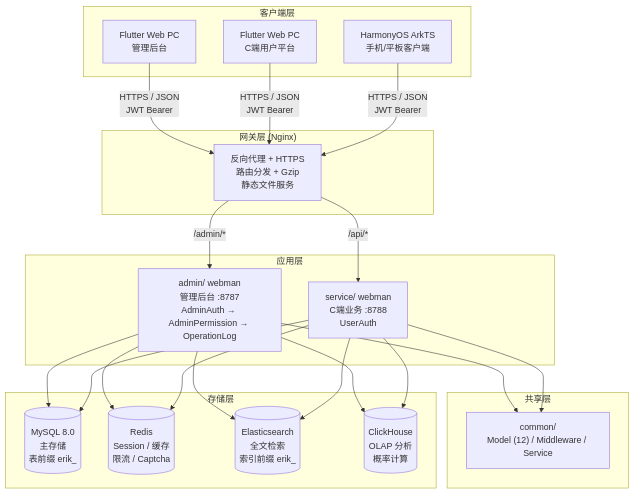
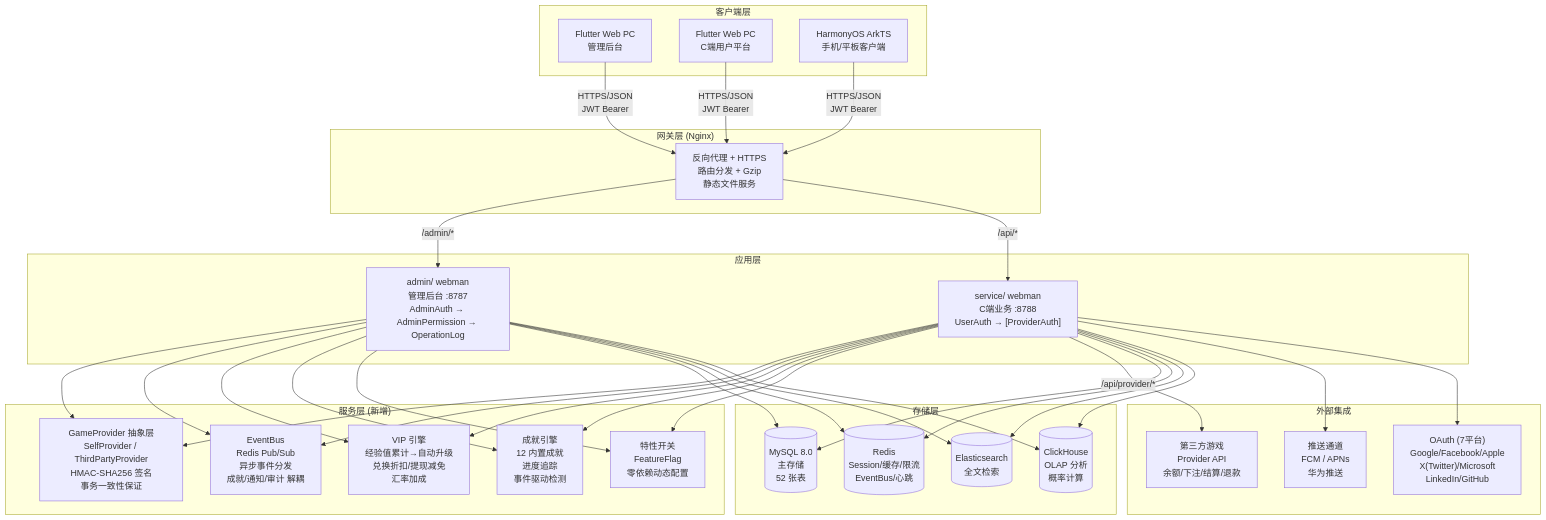
One commit to erikwang2013/game-platform-php changed the first of 2 diagrams in docs/ARCHITECTURE.md. Above: the diagram before and after it, drawn with Mermaid. The commit also changed other lines of this file and 21 other files, not shown here.

````diff
--- a/docs/ARCHITECTURE.md
+++ b/docs/ARCHITECTURE.md
@@ -7,34 +7,46 @@
 ```mermaid
 flowchart TB
     subgraph "客户端层"
         A1["Flutter Web PC<br/>管理后台"]
         A2["Flutter Web PC<br/>C端用户平台"]
         A3["HarmonyOS ArkTS<br/>手机/平板客户端"]
     end
 
     subgraph "网关层 (Nginx)"
         B1["反向代理 + HTTPS<br/>路由分发 + Gzip<br/>静态文件服务"]
     end
 
     subgraph "应用层"
         C1["admin/ webman<br/>管理后台 :8787<br/>AdminAuth → AdminPermission → OperationLog"]
-        C2["service/ webman<br/>C端业务 :8788<br/>UserAuth"]
+        C2["service/ webman<br/>C端业务 :8788<br/>UserAuth → [ProviderAuth]"]
     end
 
-    subgraph "共享层"
-        D1["common/<br/>Model (12) / Middleware / Service"]
+    subgraph "服务层 (新增)"
+        D0["GameProvider 抽象层<br/>SelfProvider / ThirdPartyProvider<br/>HMAC-SHA256 签名<br/>事务一致性保证"]
+        D1["EventBus<br/>Redis Pub/Sub<br/>异步事件分发<br/>成就/通知/审计 解耦"]
+        D2["VIP 引擎<br/>经验值累计→自动升级<br/>兑换折扣/提现减免<br/>汇率加成"]
+        D3["成就引擎<br/>12 内置成就<br/>进度追踪<br/>事件驱动检测"]
+        D4["特性开关<br/>FeatureFlag<br/>零依赖动态配置"]
     end
 
     subgraph "存储层"
-        E1[("MySQL 8.0<br/>主存储<br/>表前缀 erik_")]
-        E2[("Redis<br/>Session / 缓存<br/>限流 / Captcha")]
-        E3[("Elasticsearch<br/>全文检索<br/>索引前缀 erik_")]
+        E1[("MySQL 8.0<br/>主存储<br/>52 张表")]
+        E2[("Redis<br/>Session/缓存/限流<br/>EventBus/心跳")]
+        E3[("Elasticsearch<br/>全文检索")]
         E4[("ClickHouse<br/>OLAP 分析<br/>概率计算")]
     end
 
-    A1 & A2 & A3 -->|"HTTPS / JSON<br/>JWT Bearer"| B1
+    subgraph "外部集成"
+        F1["第三方游戏<br/>Provider API<br/>余额/下注/结算/退款"]
+        F2["推送通道<br/>FCM / APNs<br/>华为推送"]
+        F3["OAuth (7平台)<br/>Google/Facebook/Apple<br/>X(Twitter)/Microsoft<br/>LinkedIn/GitHub"]
+    end
+
+    A1 & A2 & A3 -->|"HTTPS/JSON<br/>JWT Bearer"| B1
     B1 -->|"/admin/*"| C1
     B1 -->|"/api/*"| C2
-    C1 & C2 --> D1
+    C1 & C2 --> D0 & D1 & D2 & D3 & D4
+    C2 -->|"/api/provider/*"| F1
     C1 & C2 --> E1 & E2 & E3 & E4
+    C2 --> F2 & F3
 ```
````
